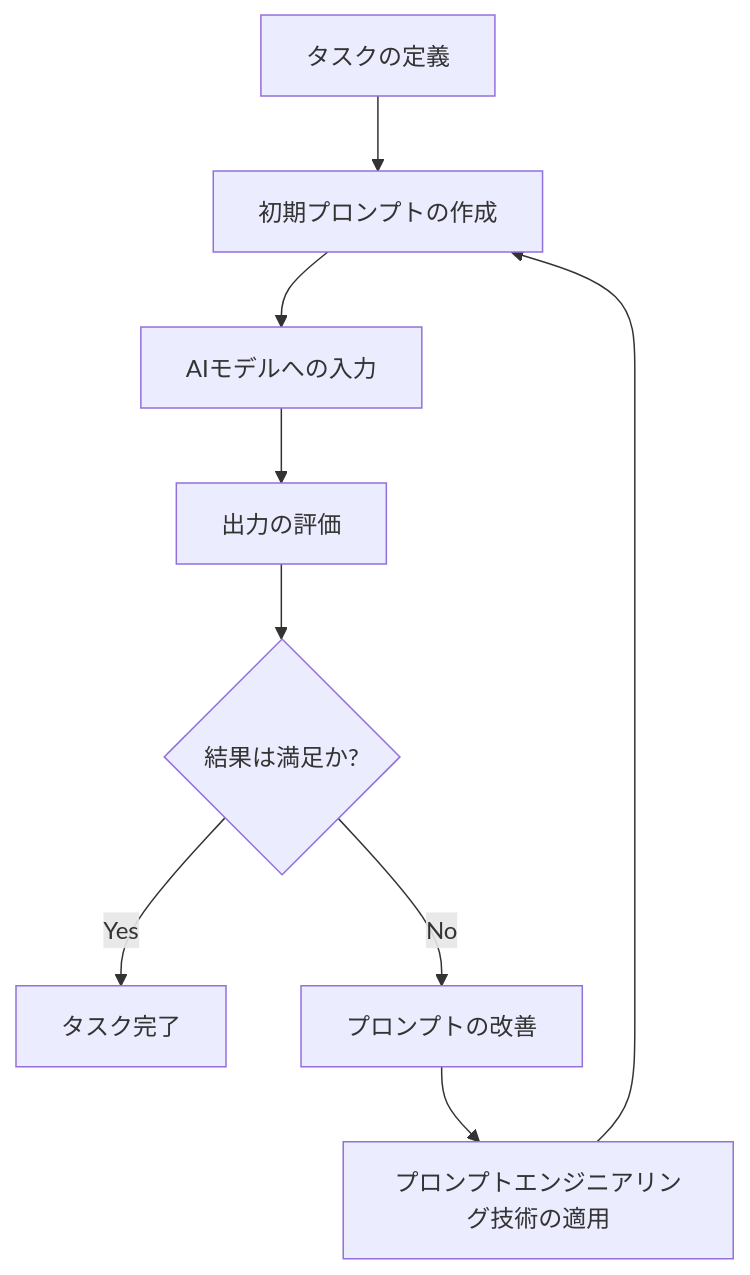
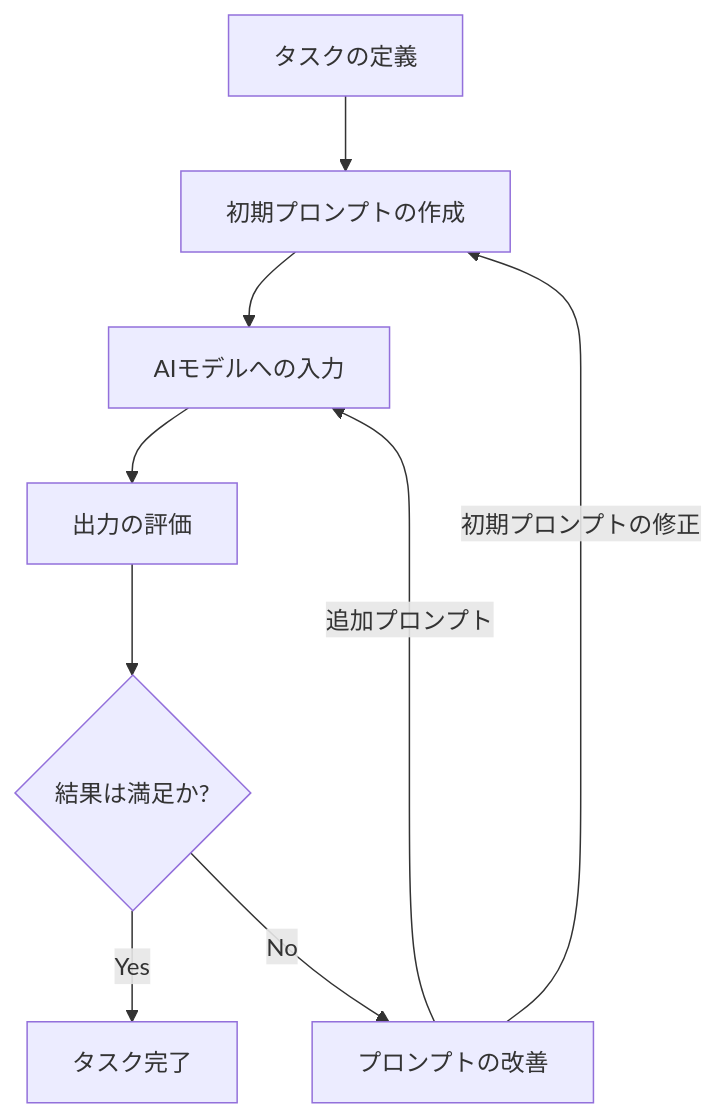
Before and after one commit to SparklingDetergent/doc_genai_About_prompt_engineering: the fifth of 8 diagrams in README.md, drawn with Mermaid. The commit also changed other lines of this file, not shown here.

````diff
--- a/README.md
+++ b/README.md
@@ -185,11 +195,11 @@
 ```mermaid
 graph TD
-    A[タスクの定義] --> B[初期プロンプトの作成]
-    B --> C[AIモデルへの入力]
-    C --> D[出力の評価]
-    D --> E{結果は満足か?}
-    E -- Yes --> F[タスク完了]
-    E -- No --> G[プロンプトの改善]
-    G --> H[プロンプトエンジニアリング技術の適用]
-    H --> B
+  A[タスクの定義] --> B[初期プロンプトの作成]
+  B --> C[AIモデルへの入力]
+  C --> D[出力の評価]
+  D --> E{結果は満足か?}
+  E -- Yes --> F[タスク完了]
+  E -- No --> G[プロンプトの改善]
+  G --  初期プロンプトの修正 --> B
+  G -- 追加プロンプト --> C
 ```
````
